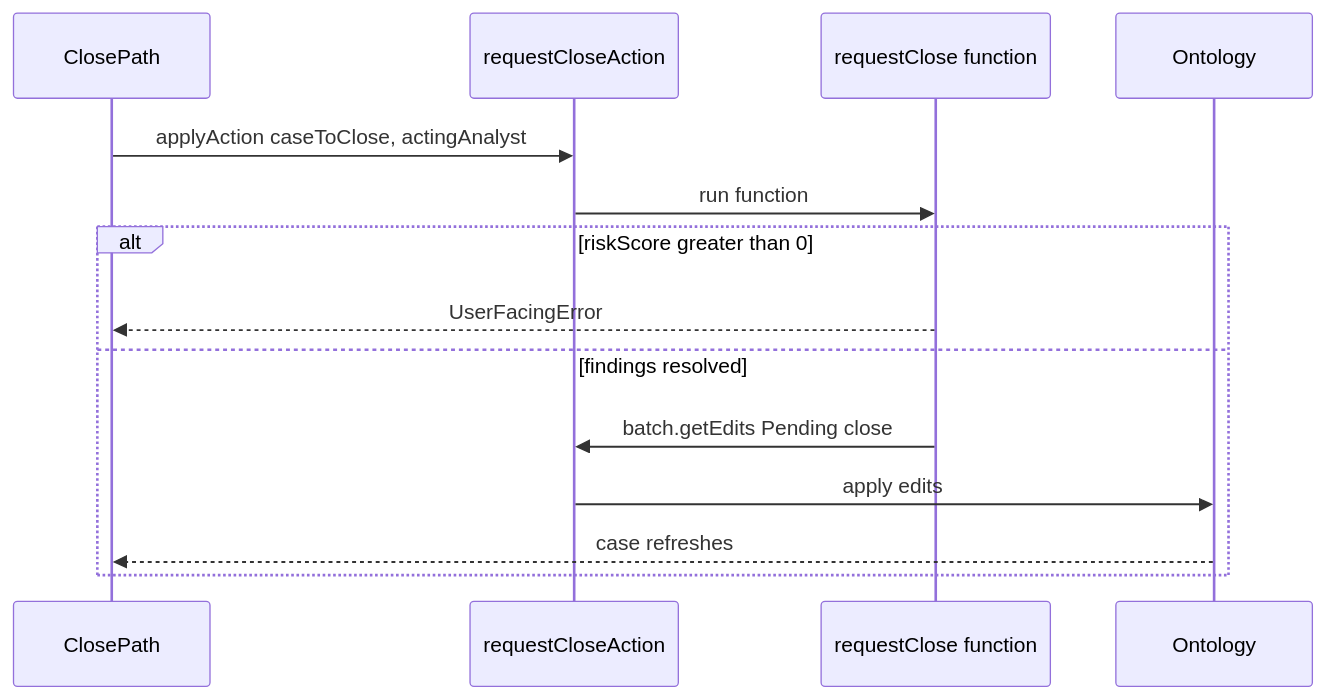
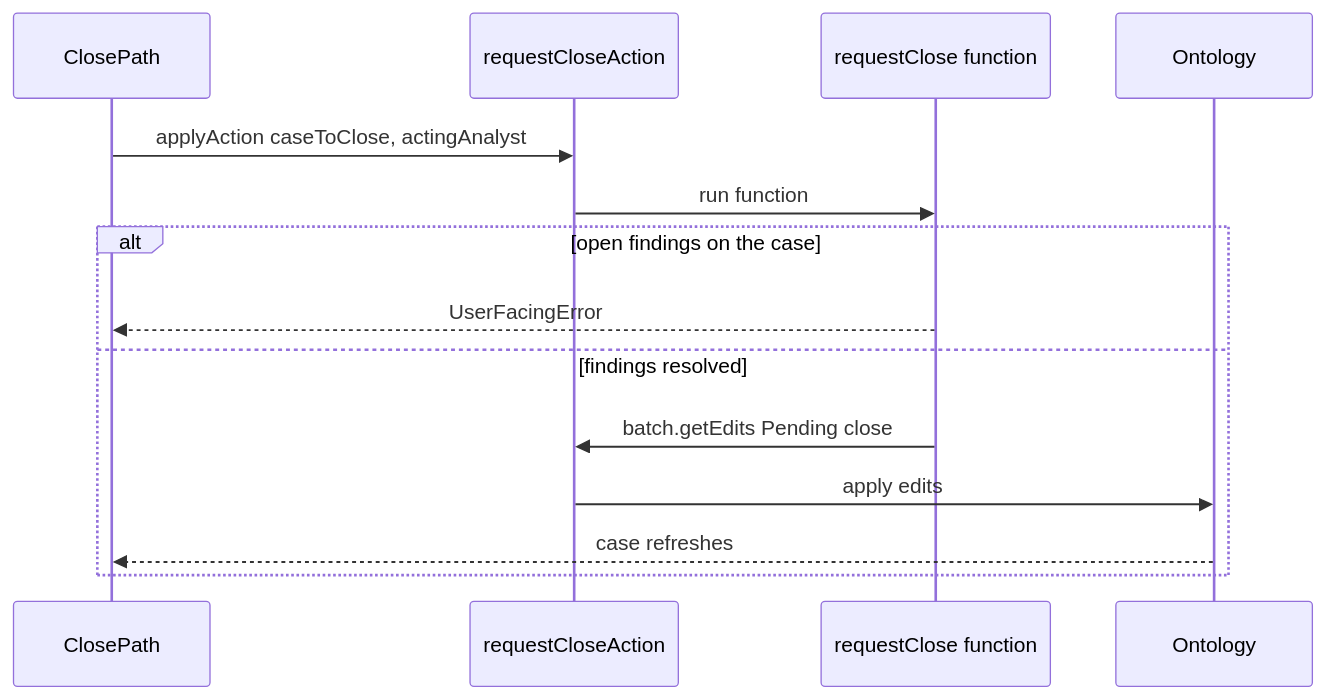
The fifth of 6 diagrams in docs/study-guide.md (ygorz/harbor-desk), drawn with Mermaid before and after one commit. The commit also changed other lines of this file and 35 other files, not shown here.

````diff
--- a/docs/study-guide.md
+++ b/docs/study-guide.md
@@ -616,17 +622,17 @@
 ```mermaid
 sequenceDiagram
   participant UI as ClosePath
   participant Action as requestCloseAction
   participant Fn as requestClose function
   participant Ont as Ontology
 
   UI->>Action: applyAction caseToClose, actingAnalyst
   Action->>Fn: run function
-  alt riskScore greater than 0
+  alt open findings on the case
     Fn-->>UI: UserFacingError
   else findings resolved
     Fn->>Action: batch.getEdits Pending close
     Action->>Ont: apply edits
     Ont-->>UI: case refreshes
   end
 ```
````
